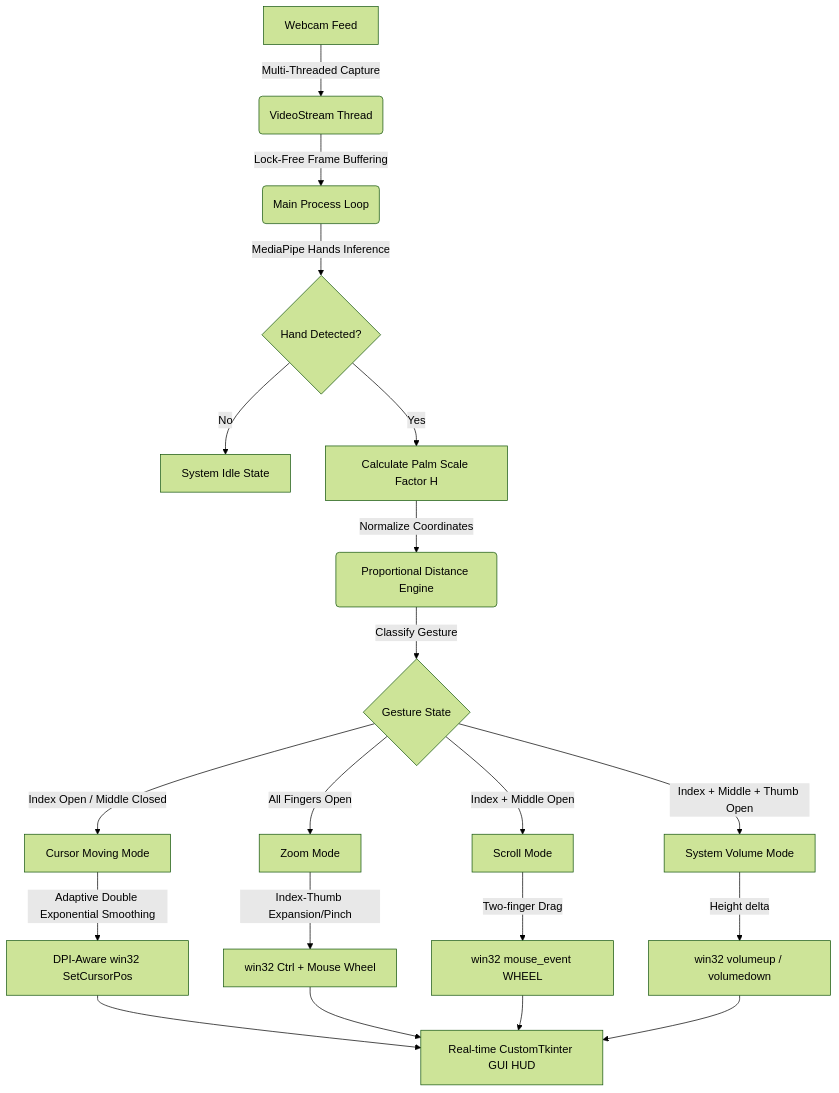
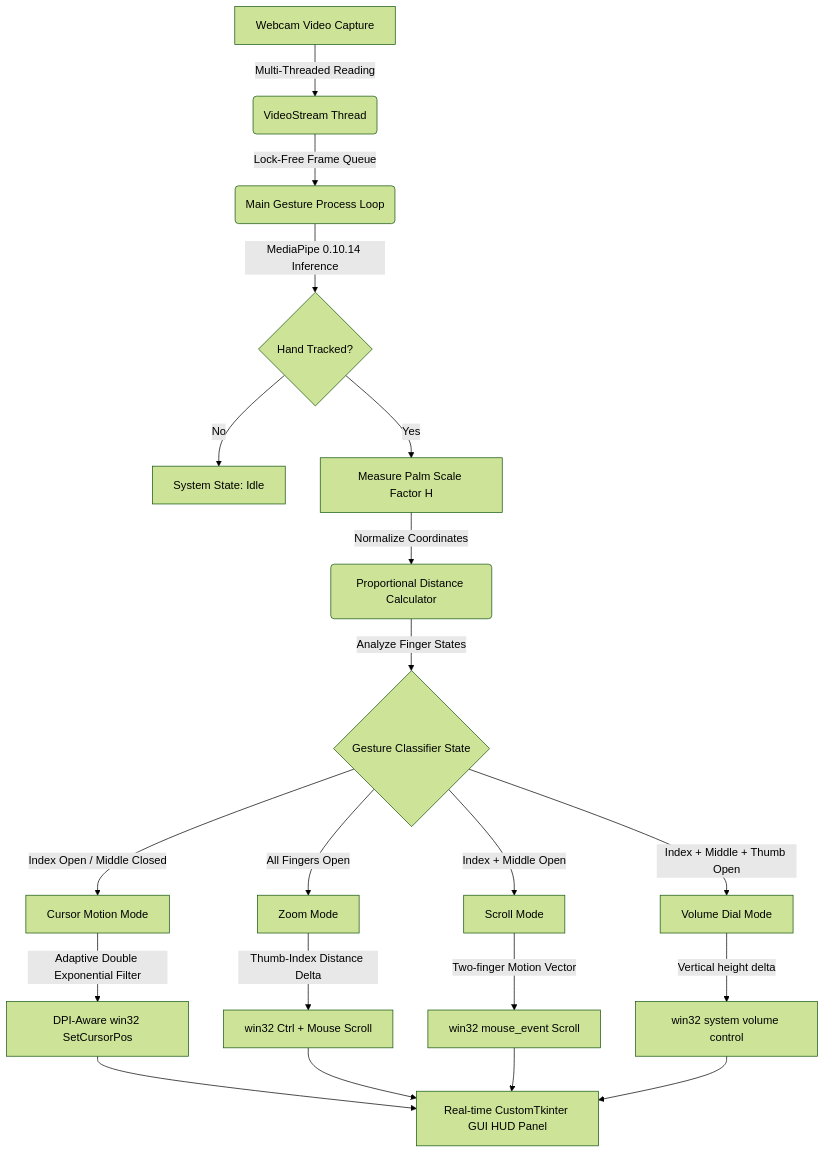
The diagram in README.md (idusha-manaka/AeroGlide), drawn with Mermaid (forest theme) before and after one commit. The commit also changed other lines of this file and 1 other file, not shown here.

````diff
--- a/README.md
+++ b/README.md
@@ -47,24 +83,24 @@
 ```mermaid
 graph TD
-    A[Webcam Feed] -->|Multi-Threaded Capture| B(VideoStream Thread)
-    B -->|Lock-Free Frame Buffering| C(Main Process Loop)
-    C -->|MediaPipe Hands Inference| D{Hand Detected?}
-    D -->|No| E[System Idle State]
-    D -->|Yes| F[Calculate Palm Scale Factor H]
-    F -->|Normalize Coordinates| G(Proportional Distance Engine)
-    G -->|Classify Gesture| H{Gesture State}
+    A[Webcam Video Capture] -->|Multi-Threaded Reading| B(VideoStream Thread)
+    B -->|Lock-Free Frame Queue| C(Main Gesture Process Loop)
+    C -->|MediaPipe 0.10.14 Inference| D{Hand Tracked?}
+    D -->|No| E[System State: Idle]
+    D -->|Yes| F[Measure Palm Scale Factor H]
+    F -->|Normalize Coordinates| G(Proportional Distance Calculator)
+    G -->|Analyze Finger States| H{Gesture Classifier State}
     
-    H -->|Index Open / Middle Closed| I[Cursor Moving Mode]
-    I -->|Adaptive Double Exponential Smoothing| J[DPI-Aware win32 SetCursorPos]
+    H -->|Index Open / Middle Closed| I[Cursor Motion Mode]
+    I -->|Adaptive Double Exponential Filter| J[DPI-Aware win32 SetCursorPos]
     
     H -->|All Fingers Open| K[Zoom Mode]
-    K -->|Index-Thumb Expansion/Pinch| L[win32 Ctrl + Mouse Wheel]
+    K -->|Thumb-Index Distance Delta| L[win32 Ctrl + Mouse Scroll]
     
     H -->|Index + Middle Open| M[Scroll Mode]
-    M -->|Two-finger Drag| N[win32 mouse_event WHEEL]
+    M -->|Two-finger Motion Vector| N[win32 mouse_event Scroll]
     
-    H -->|Index + Middle + Thumb Open| O[System Volume Mode]
-    O -->|Height delta| P[win32 volumeup / volumedown]
+    H -->|Index + Middle + Thumb Open| O[Volume Dial Mode]
+    O -->|Vertical height delta| P[win32 system volume control]
     
-    J & L & N & P --> Q[Real-time CustomTkinter GUI HUD]
+    J & L & N & P --> Q[Real-time CustomTkinter GUI HUD Panel]
 ```
````
